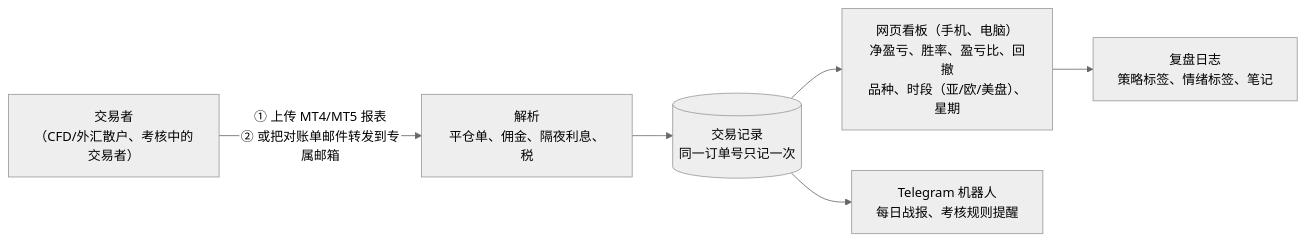
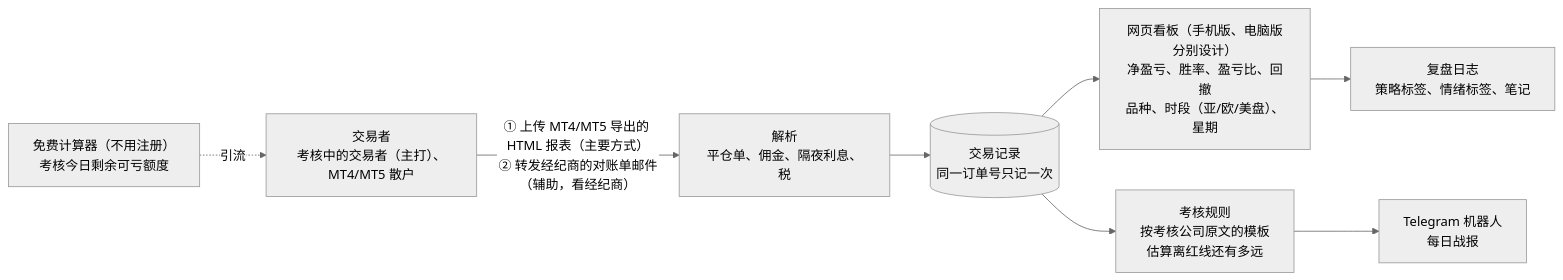
The diagram in 需求文档/v1-需求澄清问题.md (dollar3651314/trading-journal), drawn with Mermaid (neutral theme) before and after one commit. The commit also changed other lines of this file and 1 other file, not shown here.

````diff
--- a/需求文档/v1-需求澄清问题.md
+++ b/需求文档/v1-需求澄清问题.md
@@ -13,9 +13,10 @@
 ```mermaid
 flowchart LR
-    U["交易者<br/>（CFD/外汇散户、考核中的交易者）"] -->|"① 上传 MT4/MT5 报表<br/>② 或把对账单邮件转发到专属邮箱"| P["解析<br/>平仓单、佣金、隔夜利息、税"]
+    U["交易者<br/>考核中的交易者（主打）、MT4/MT5 散户"] -->|"① 上传 MT4/MT5 导出的 HTML 报表（主要方式）<br/>② 转发经纪商的对账单邮件（辅助，看经纪商）"| P["解析<br/>平仓单、佣金、隔夜利息、税"]
     P --> D[("交易记录<br/>同一订单号只记一次")]
-    D --> W["网页看板（手机、电脑）<br/>净盈亏、胜率、盈亏比、回撤<br/>品种、时段（亚/欧/美盘）、星期"]
-    D --> T["Telegram 机器人<br/>每日战报、考核规则提醒"]
+    D --> W["网页看板（手机版、电脑版分别设计）<br/>净盈亏、胜率、盈亏比、回撤<br/>品种、时段（亚/欧/美盘）、星期"]
+    D --> R["考核规则<br/>按考核公司原文的模板<br/>估算离红线还有多远"]
+    R --> T["Telegram 机器人<br/>每日战报"]
     W --> J["复盘日志<br/>策略标签、情绪标签、笔记"]
-
+    C["免费计算器（不用注册）<br/>考核今日剩余可亏额度"] -.->|引流| U
 ```
````
